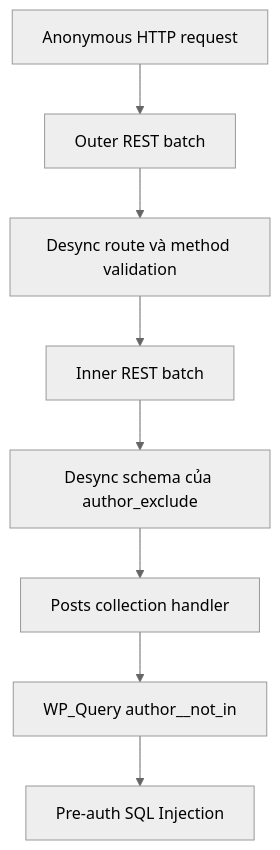
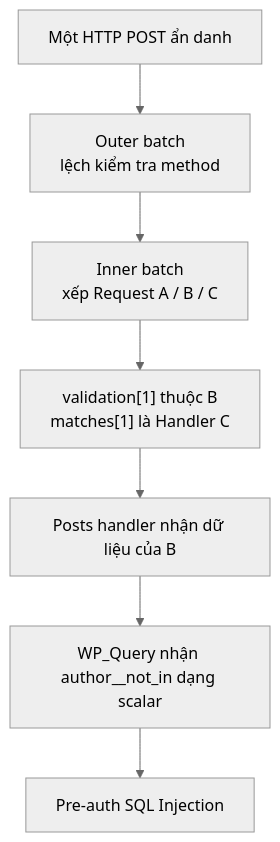
Before and after one commit to minhmd25/minhmd25.github.io: the third of 4 diagrams in _posts/2026-08-09-wp2shell-analysis.md, drawn with Mermaid (neutral theme). The commit also changed other lines of this file, not shown here.

````diff
--- a/_posts/2026-08-09-wp2shell-analysis.md
+++ b/_posts/2026-08-09-wp2shell-analysis.md
@@ -261,10 +295,9 @@
 ```mermaid
 flowchart TD
-    U["Anonymous HTTP request"] --> O["Outer REST batch"]
-    O --> D1["Desync route và method validation"]
-    D1 --> I["Inner REST batch"]
-    I --> D2["Desync schema của author_exclude"]
-    D2 --> H["Posts collection handler"]
-    H --> Q["WP_Query author__not_in"]
+    U["Một HTTP POST ẩn danh"] --> O["Outer batch<br/>lệch kiểm tra method"]
+    O --> I["Inner batch<br/>xếp Request A / B / C"]
+    I --> D["validation[1] thuộc B<br/>matches[1] là Handler C"]
+    D --> H["Posts handler nhận dữ liệu của B"]
+    H --> Q["WP_Query nhận author__not_in dạng scalar"]
     Q --> S["Pre-auth SQL Injection"]
 ```
````
